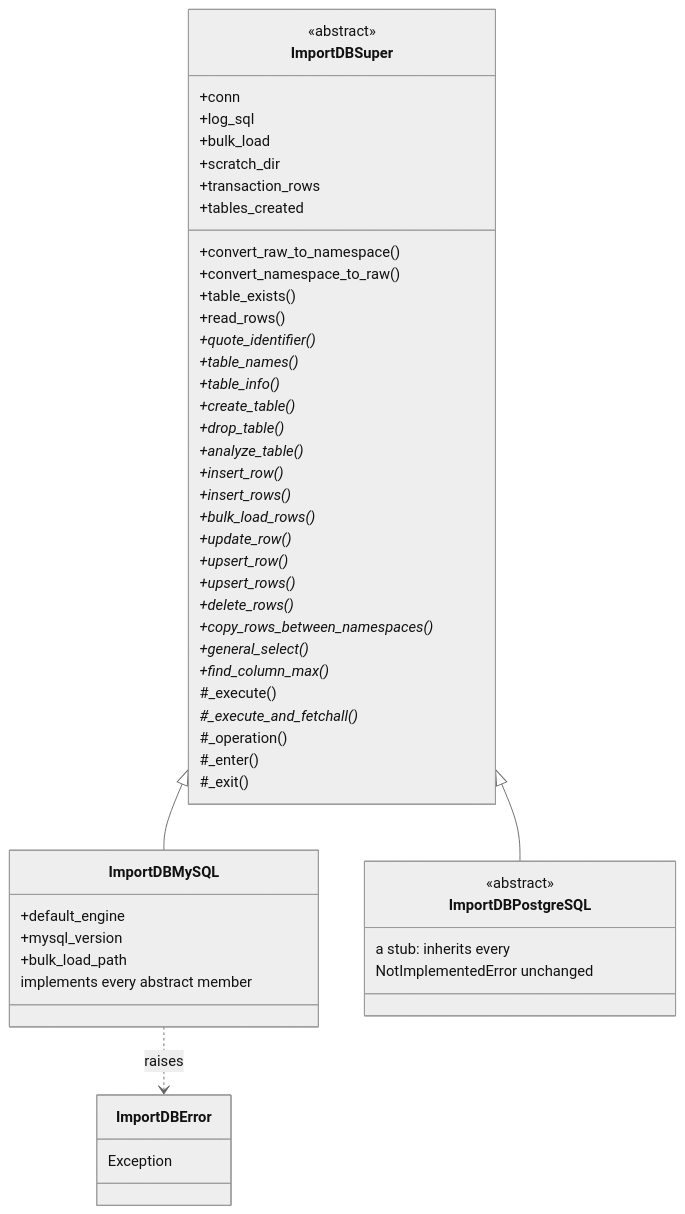
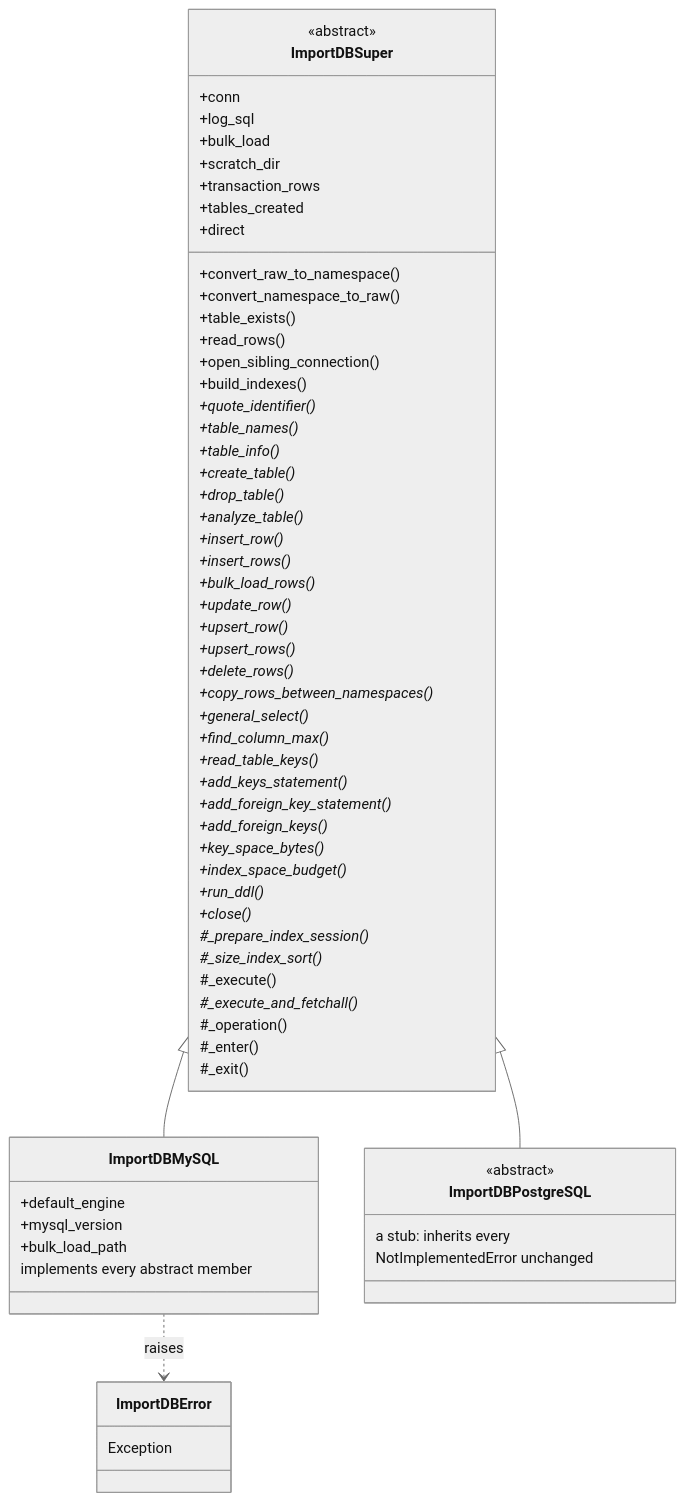
The diagram in docs/dev_guide_import_db.rst (SETI/rms-opus), drawn with Mermaid (neutral theme) before and after one commit. The commit also changed other lines of this file and 77 other files, not shown here.

First line of the commit message:
[DB · PR-07] feat: fresh import a schema directly, with its indexes created once at the end (#1535)

```diff
--- a/docs/dev_guide_import_db.rst
+++ b/docs/dev_guide_import_db.rst
@@ -25,56 +25,69 @@
 .. mermaid::
     :zoom:
 
     classDiagram
         class ImportDBSuper {
             <<abstract>>
             +conn
             +log_sql
             +bulk_load
             +scratch_dir
             +transaction_rows
             +tables_created
+            +direct
             +convert_raw_to_namespace()
             +convert_namespace_to_raw()
             +table_exists()
             +read_rows()
+            +open_sibling_connection()
+            +build_indexes()
             +quote_identifier()*
             +table_names()*
             +table_info()*
             +create_table()*
             +drop_table()*
             +analyze_table()*
             +insert_row()*
             +insert_rows()*
             +bulk_load_rows()*
             +update_row()*
             +upsert_row()*
             +upsert_rows()*
             +delete_rows()*
             +copy_rows_between_namespaces()*
             +general_select()*
             +find_column_max()*
+            +read_table_keys()*
+            +add_keys_statement()*
+            +add_foreign_key_statement()*
+            +add_foreign_keys()*
+            +key_space_bytes()*
+            +index_space_budget()*
+            +run_ddl()*
+            +close()*
+            #_prepare_index_session()*
+            #_size_index_sort()*
             #_execute()
             #_execute_and_fetchall()*
             #_operation()
             #_enter()
             #_exit()
         }
         class ImportDBMySQL {
             +default_engine
             +mysql_version
             +bulk_load_path
             implements every abstract member
         }
         class ImportDBPostgreSQL {
             <<abstract>>
             a stub: inherits every
             NotImplementedError unchanged
         }
         class ImportDBError {
             Exception
         }
 
         ImportDBSuper <|-- ImportDBMySQL
         ImportDBSuper <|-- ImportDBPostgreSQL
         ImportDBMySQL ..> ImportDBError : raises
```
